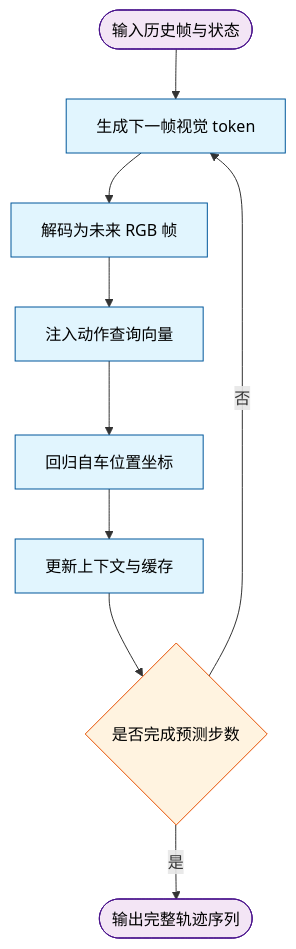
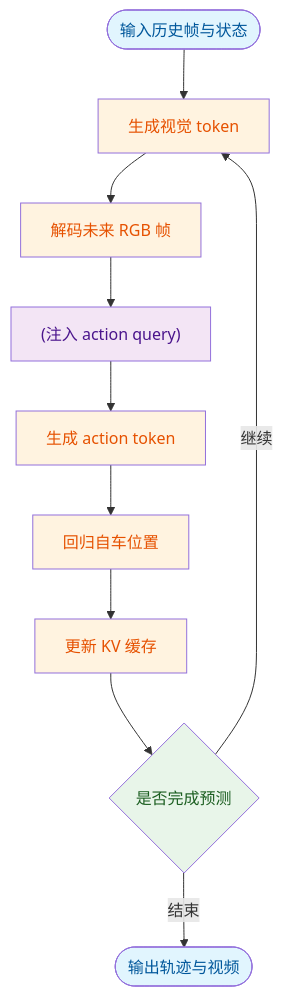
Before and after one commit to ShinewineW/paper-rolling: the second of 10 diagrams in person_vault/2026-06-13_UniWorldVLAInterleavedWorldModelingAndPlanningForAD_2603.27287/report.md, drawn with Mermaid. The commit also changed other lines of this file and 5 other files, not shown here.

````diff
--- a/person_vault/2026-06-13_UniWorldVLAInterleavedWorldModelingAndPlanningForAD_2603.27287/report.md
+++ b/person_vault/2026-06-13_UniWorldVLAInterleavedWorldModelingAndPlanningForAD_2603.27287/report.md
@@ -78,17 +98,17 @@
 ```mermaid
 flowchart TD
-    start_node(["输入历史帧与状态"]) --> gen_frame["生成下一帧视觉 token"]
-    gen_frame --> decode_frame["解码为未来 RGB 帧"]
-    decode_frame --> inject_query["注入动作查询向量"]
-    inject_query --> predict_pos["回归自车位置坐标"]
-    predict_pos --> update_cache["更新上下文与缓存"]
-    update_cache --> check_step{是否完成预测步数}
-    check_step -- 否 --> gen_frame
-    check_step -- 是 --> end_node(["输出完整轨迹序列"])
-    classDef proc fill:#e1f5fe,stroke:#01579b,color:#000;
-    classDef dec fill:#fff3e0,stroke:#e65100,color:#000;
-    classDef rnd fill:#f3e5f5,stroke:#4a148c,color:#000;
-    class start_node,end_node rnd;
-    class gen_frame,decode_frame,inject_query,predict_pos,update_cache proc;
-    class check_step dec;
+    classDef start fill:#e1f5fe,color:#01579b
+    classDef proc fill:#fff3e0,color:#e65100
+    classDef data fill:#f3e5f5,color:#4a148c
+    classDef dec fill:#e8f5e9,color:#1b5e20
+
+    start_node(["输入历史帧与状态"]):::start --> gen_vis["生成视觉 token"]:::proc
+    gen_vis --> decode["解码未来 RGB 帧"]:::proc
+    decode --> inject_q["(注入 action query)"]:::data
+    inject_q --> gen_act["生成 action token"]:::proc
+    gen_act --> mlp_reg["回归自车位置"]:::proc
+    mlp_reg --> update_kv["更新 KV 缓存"]:::proc
+    update_kv --> check_end{是否完成预测}:::dec
+    check_end -- 继续 --> gen_vis
+    check_end -- 结束 --> out_node(["输出轨迹与视频"]):::start
 ```
````
